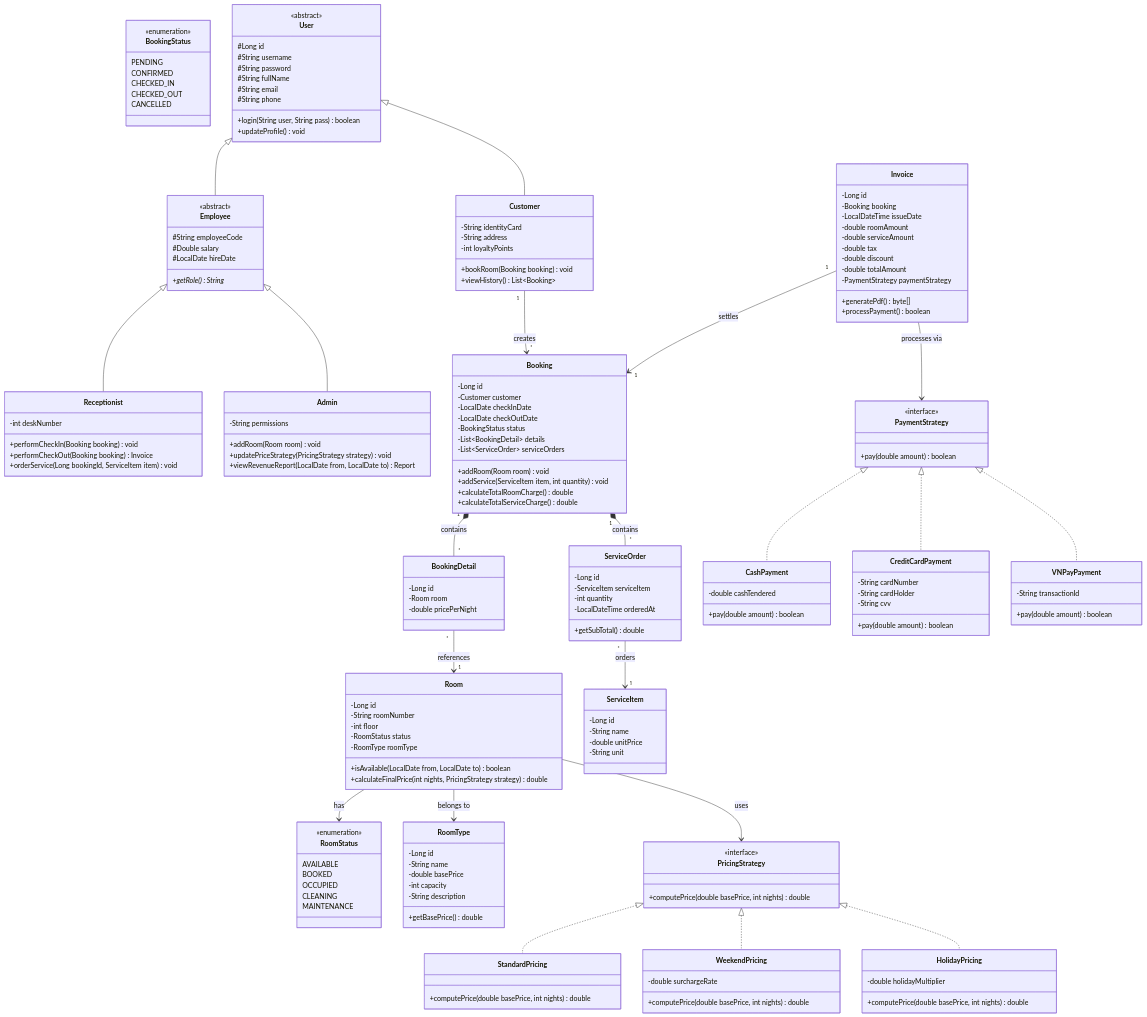
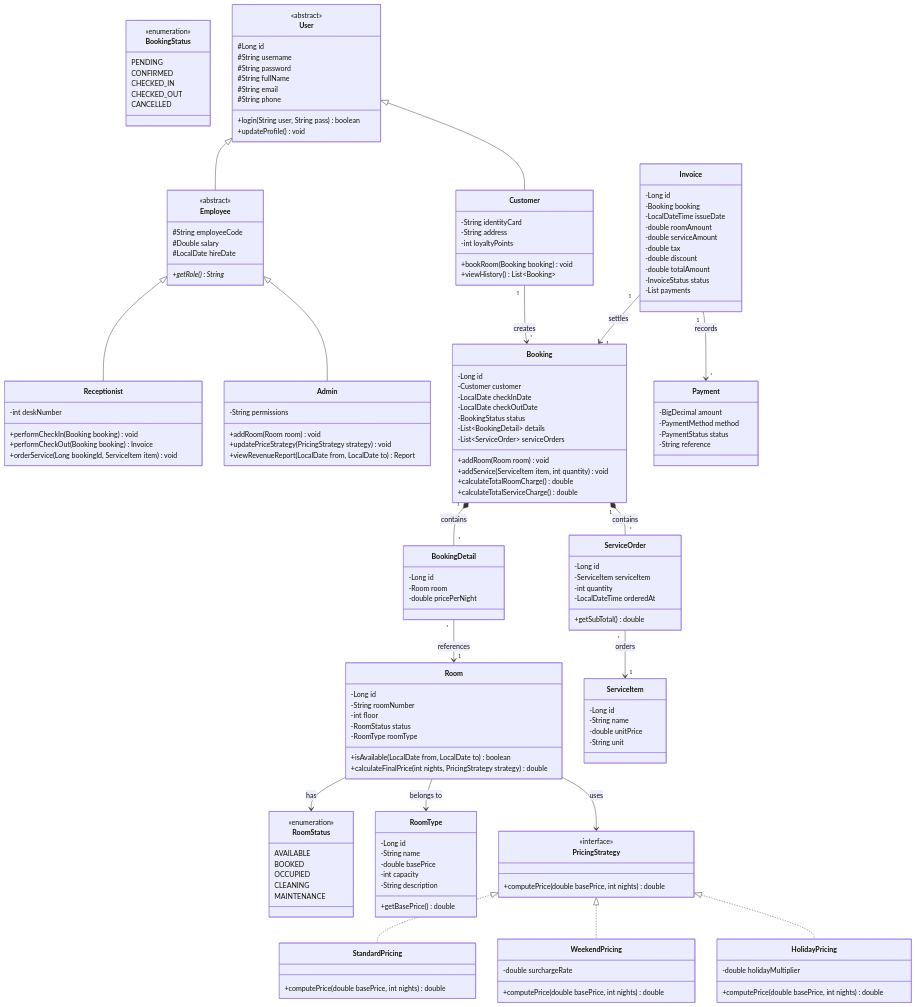
The second of 4 diagrams in docs/hotel_management_uml_design.md (levanhoan-sys/hotel_management), drawn with Mermaid before and after one commit. The commit also changed other lines of this file and 27 other files, not shown here.

````diff
--- a/docs/hotel_management_uml_design.md
+++ b/docs/hotel_management_uml_design.md
@@ -245,37 +242,16 @@
         -double tax
         -double discount
         -double totalAmount
-        -PaymentStrategy paymentStrategy
-        +generatePdf() byte[]
-        +processPayment() boolean
+        -InvoiceStatus status
+        -List<Payment> payments
     }
 
-    %% ---------------- PAYMENT (STRATEGY PATTERN) ----------------
-    class PaymentStrategy {
-        <<interface>>
-        +pay(double amount) boolean
+    class Payment {
+        -BigDecimal amount
+        -PaymentMethod method
+        -PaymentStatus status
+        -String reference
     }
-
-    class CashPayment {
-        -double cashTendered
-        +pay(double amount) boolean
-    }
-
-    class CreditCardPayment {
-        -String cardNumber
-        -String cardHolder
-        -String cvv
-        +pay(double amount) boolean
-    }
-
-    class VNPayPayment {
-        -String transactionId
-        +pay(double amount) boolean
-    }
-
-    PaymentStrategy <|.. CashPayment
-    PaymentStrategy <|.. CreditCardPayment
-    PaymentStrategy <|.. VNPayPayment
 
     %% Relationships
     Customer "1" --> "*" Booking : creates
@@ -284,5 +260,5 @@
     Booking "1" *-- "*" ServiceOrder : contains
     ServiceOrder "*" --> "1" ServiceItem : orders
     Invoice "1" --> "1" Booking : settles
-    Invoice --> PaymentStrategy : processes via
+    Invoice "1" --> "*" Payment : records
 ```
````
